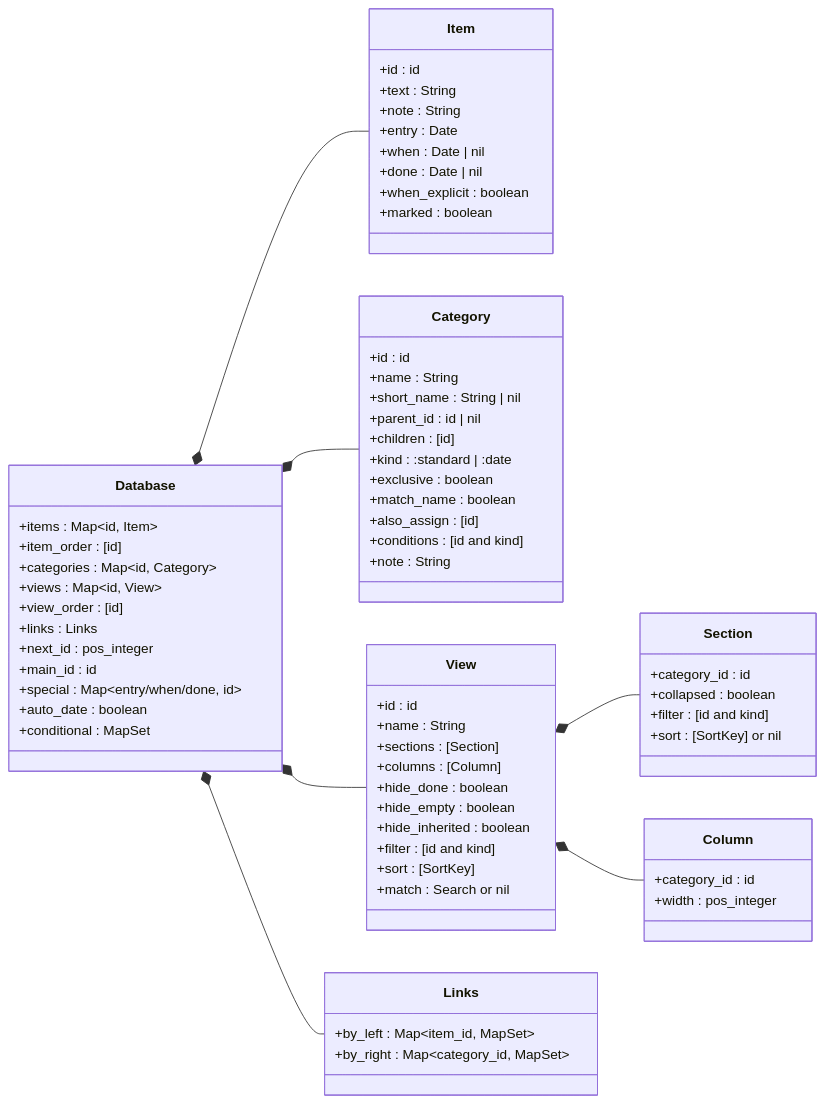
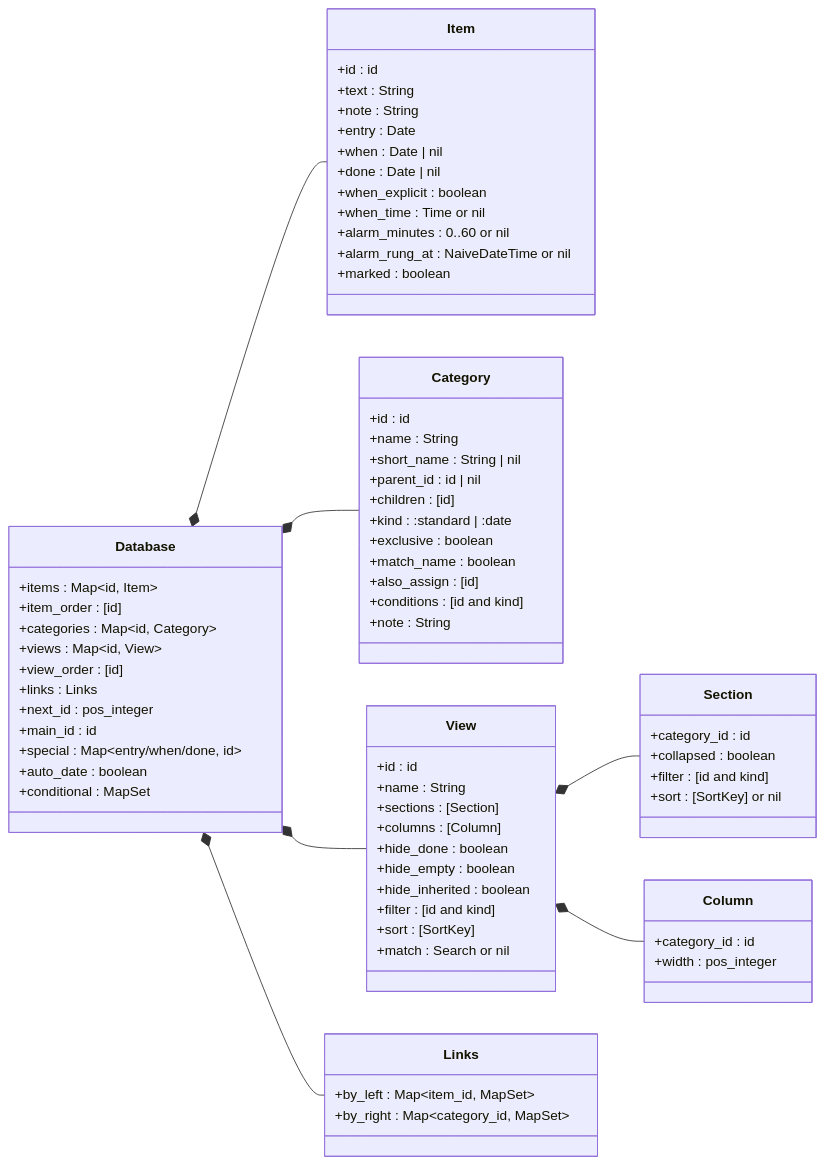
Before and after one commit to jamting/agendum: the second of 6 diagrams in docs/DATA_MODEL.md, drawn with Mermaid. The commit also changed other lines of this file and 24 other files, not shown here.

````diff
--- a/docs/DATA_MODEL.md
+++ b/docs/DATA_MODEL.md
@@ -90,72 +93,75 @@
 ```mermaid
 classDiagram
     direction LR
     class Database {
         +items : Map~id, Item~
         +item_order : [id]
         +categories : Map~id, Category~
         +views : Map~id, View~
         +view_order : [id]
         +links : Links
         +next_id : pos_integer
         +main_id : id
         +special : Map~entry/when/done, id~
         +auto_date : boolean
         +conditional : MapSet
     }
     class Item {
         +id : id
         +text : String
         +note : String
         +entry : Date
         +when : Date | nil
         +done : Date | nil
         +when_explicit : boolean
+        +when_time : Time or nil
+        +alarm_minutes : 0..60 or nil
+        +alarm_rung_at : NaiveDateTime or nil
         +marked : boolean
     }
     class Category {
         +id : id
         +name : String
         +short_name : String | nil
         +parent_id : id | nil
         +children : [id]
         +kind : :standard | :date
         +exclusive : boolean
         +match_name : boolean
         +also_assign : [id]
         +conditions : [id and kind]
         +note : String
     }
     class View {
         +id : id
         +name : String
         +sections : [Section]
         +columns : [Column]
         +hide_done : boolean
         +hide_empty : boolean
         +hide_inherited : boolean
         +filter : [id and kind]
         +sort : [SortKey]
         +match : Search or nil
     }
     class Section {
         +category_id : id
         +collapsed : boolean
         +filter : [id and kind]
         +sort : [SortKey] or nil
     }
     class Column {
         +category_id : id
         +width : pos_integer
     }
     class Links {
         +by_left : Map~item_id, MapSet~
         +by_right : Map~category_id, MapSet~
     }
     Database *-- Item
     Database *-- Category
     Database *-- View
     Database *-- Links
     View *-- Section
     View *-- Column
 ```
````
